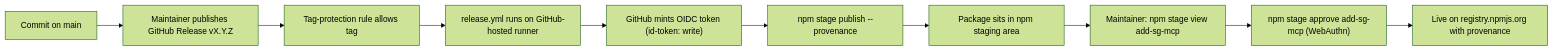
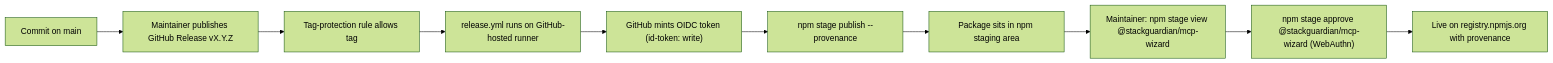
Before and after one commit to StackGuardian/add-sg-mcp: the diagram in docs/RELEASING.md, drawn with Mermaid (forest theme). The commit also changed other lines of this file and 9 other files, not shown here.

Commit message:
chore: publish as @stackguardian/mcp-wizard (#21)

````diff
--- a/docs/RELEASING.md
+++ b/docs/RELEASING.md
@@ -20,12 +20,12 @@
 ```mermaid
 flowchart LR
     devCommit[Commit on main] --> ghRelease["Maintainer publishes GitHub Release vX.Y.Z"]
     ghRelease --> tagProt["Tag-protection rule allows tag"]
     tagProt --> ciRun["release.yml runs on GitHub-hosted runner"]
     ciRun --> oidc["GitHub mints OIDC token (id-token: write)"]
     oidc --> npmStage["npm stage publish --provenance"]
     npmStage --> staging["Package sits in npm staging area"]
-    staging --> review["Maintainer: npm stage view add-sg-mcp"]
-    review --> approve["npm stage approve add-sg-mcp (WebAuthn)"]
+    staging --> review["Maintainer: npm stage view @stackguardian/mcp-wizard"]
+    review --> approve["npm stage approve @stackguardian/mcp-wizard (WebAuthn)"]
     approve --> live["Live on registry.npmjs.org with provenance"]
 ```
````
